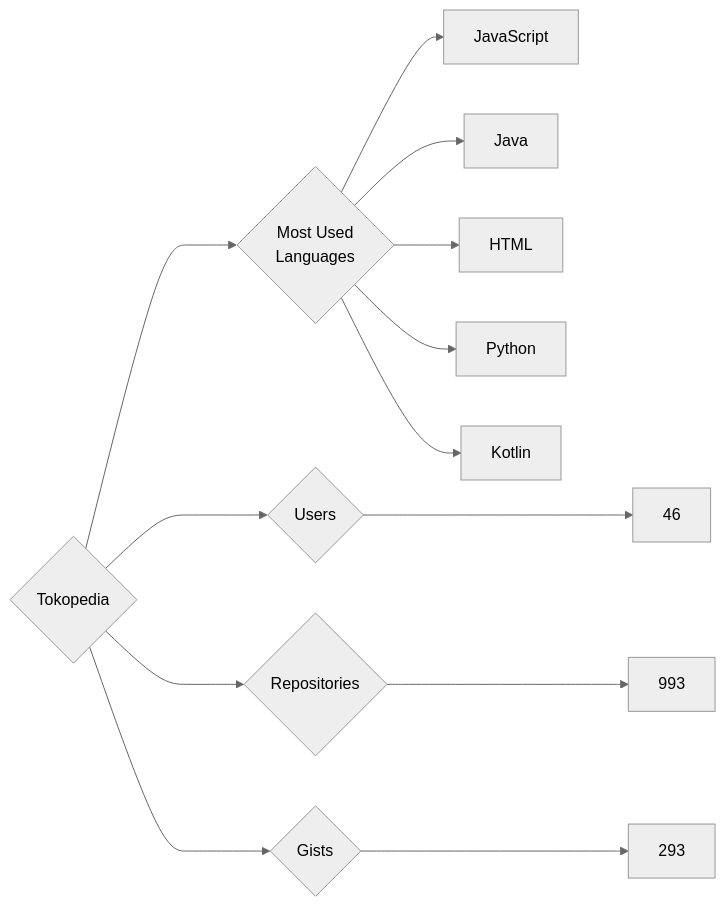
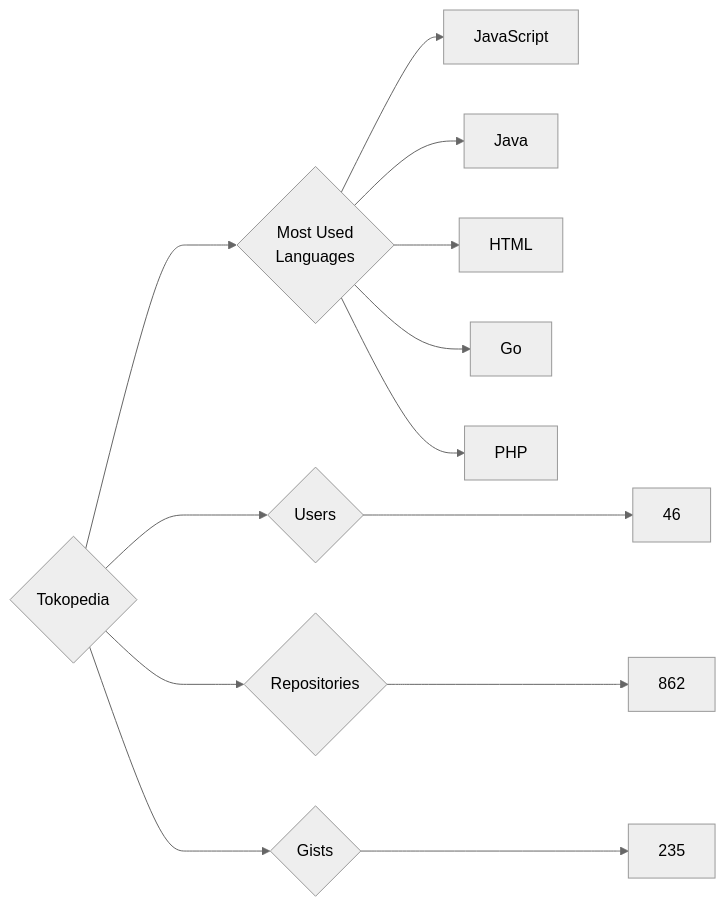
Before and after one commit to trickest/insiders: the diagram in targets/Tokopedia/README.md, drawn with Mermaid (neutral theme). The commit also changed 860 other files, not shown here.

````diff
--- a/targets/Tokopedia/README.md
+++ b/targets/Tokopedia/README.md
@@ -3,13 +3,13 @@
 ```mermaid
 graph LR
 COMPANY_NAME{Tokopedia}
 COMPANY_NAME ---> U{Users} ---> UN[46]
-COMPANY_NAME ---> R{Repositories} ---> RN[993]
-COMPANY_NAME ---> G{Gists} ---> GN[293]
+COMPANY_NAME ---> R{Repositories} ---> RN[862]
+COMPANY_NAME ---> G{Gists} ---> GN[235]
 COMPANY_NAME ---> ML{Most Used<br>Languages}
 ML --> JavaScript[JavaScript]
 ML --> Java[Java]
 ML --> HTML[HTML]
-ML --> Python[Python]
-ML --> Kotlin[Kotlin]
+ML --> Go[Go]
+ML --> PHP[PHP]
 ```
````
